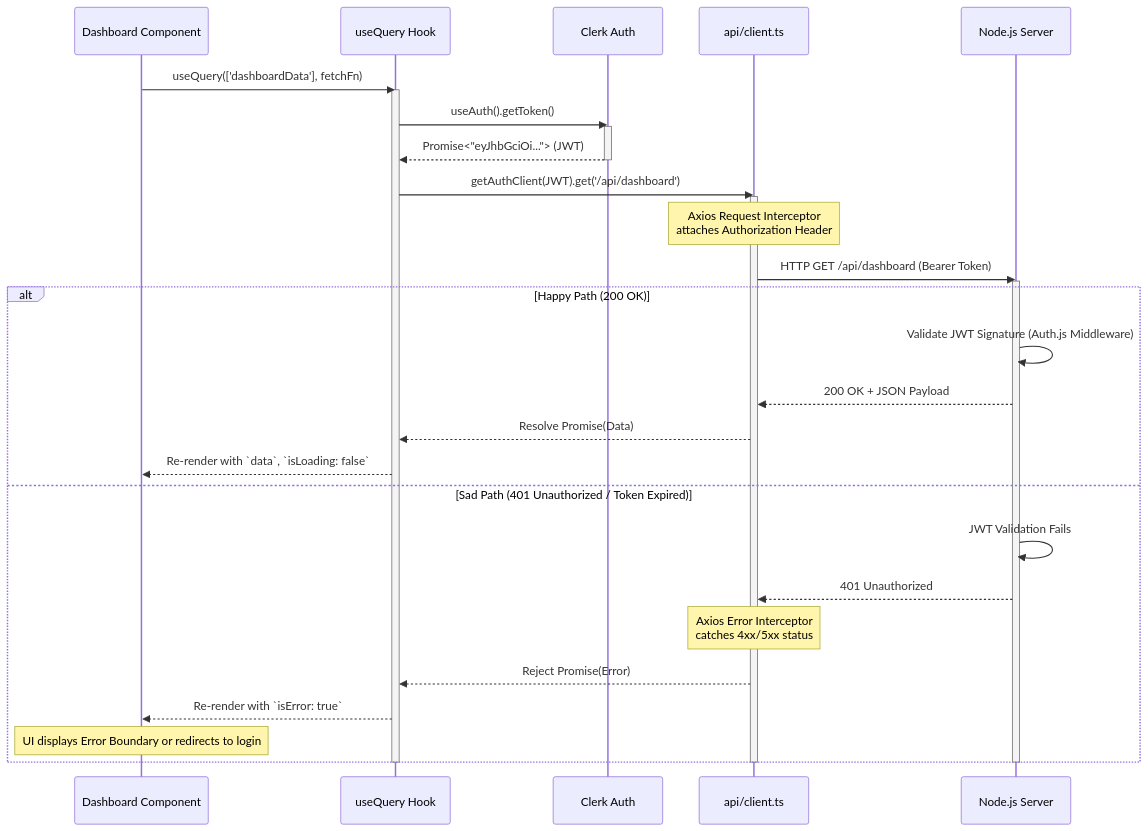
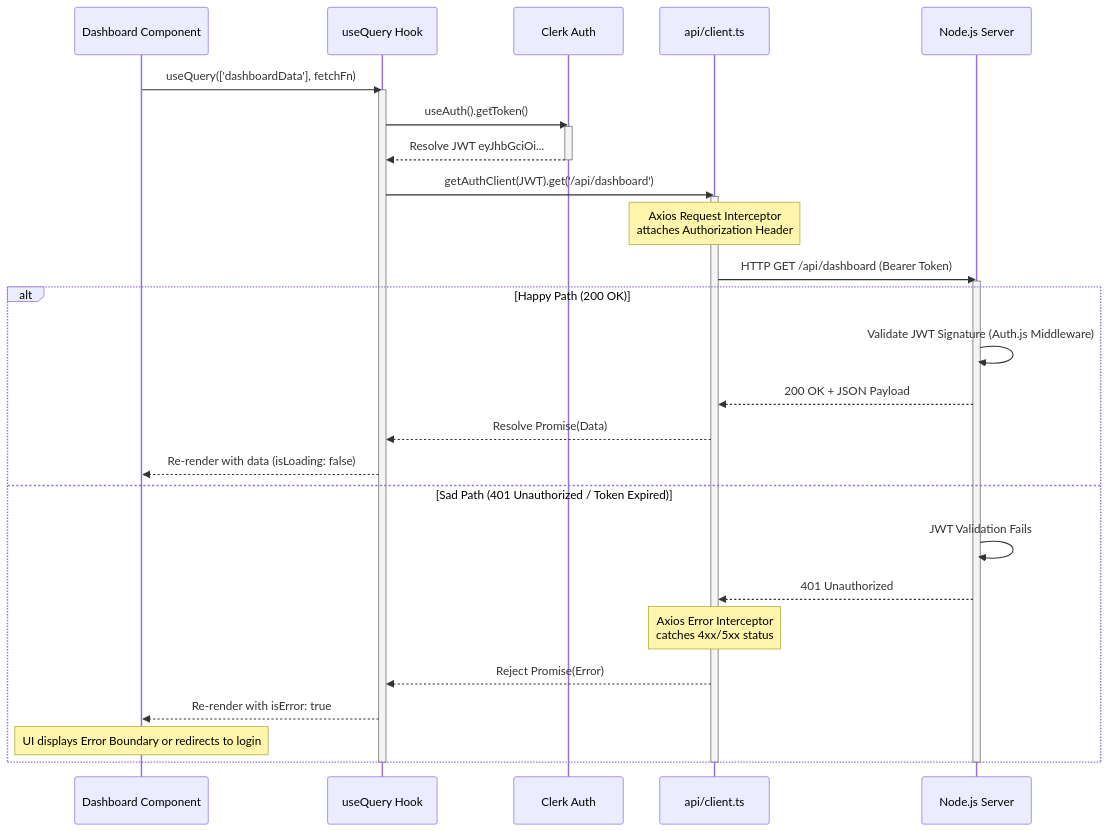
The second of 2 diagrams in public/content/Projects/EMPLO/frontend/module3_networking.md (SawanTeja/Study), drawn with Mermaid before and after one commit. The commit also changed other lines of this file and 6 other files, not shown here.

Commit message:
fix: sanitize mermaid flowcharts and sequence diagrams in frontend and backend modules

````diff
--- a/public/content/Projects/EMPLO/frontend/module3_networking.md
+++ b/public/content/Projects/EMPLO/frontend/module3_networking.md
@@ -101,42 +101,42 @@
 ```mermaid
 sequenceDiagram
     participant UI as Dashboard Component
     participant ReactQuery as useQuery Hook
     participant Clerk as Clerk Auth
     participant Axios as api/client.ts
     participant Server as Node.js Server
 
     UI->>ReactQuery: useQuery(['dashboardData'], fetchFn)
     activate ReactQuery
     
     ReactQuery->>Clerk: useAuth().getToken()
     activate Clerk
-    Clerk-->>ReactQuery: Promise<"eyJhbGciOi..."> (JWT)
+    Clerk-->>ReactQuery: Resolve JWT eyJhbGciOi...
     deactivate Clerk
     
     ReactQuery->>Axios: getAuthClient(JWT).get('/api/dashboard')
     activate Axios
     
     Note over Axios: Axios Request Interceptor<br/>attaches Authorization Header
     
     Axios->>Server: HTTP GET /api/dashboard (Bearer Token)
     activate Server
     
     alt Happy Path (200 OK)
         Server->>Server: Validate JWT Signature (Auth.js Middleware)
         Server-->>Axios: 200 OK + JSON Payload
         Axios-->>ReactQuery: Resolve Promise(Data)
-        ReactQuery-->>UI: Re-render with `data`, `isLoading: false`
+        ReactQuery-->>UI: Re-render with data (isLoading: false)
     else Sad Path (401 Unauthorized / Token Expired)
         Server->>Server: JWT Validation Fails
         Server-->>Axios: 401 Unauthorized
         Note over Axios: Axios Error Interceptor<br/>catches 4xx/5xx status
         Axios-->>ReactQuery: Reject Promise(Error)
-        ReactQuery-->>UI: Re-render with `isError: true`
+        ReactQuery-->>UI: Re-render with isError: true
         Note over UI: UI displays Error Boundary or redirects to login
     end
     
     deactivate Server
     deactivate Axios
     deactivate ReactQuery
 ```
````
